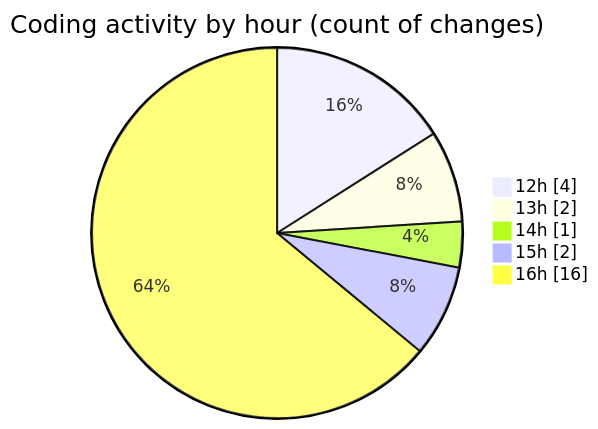
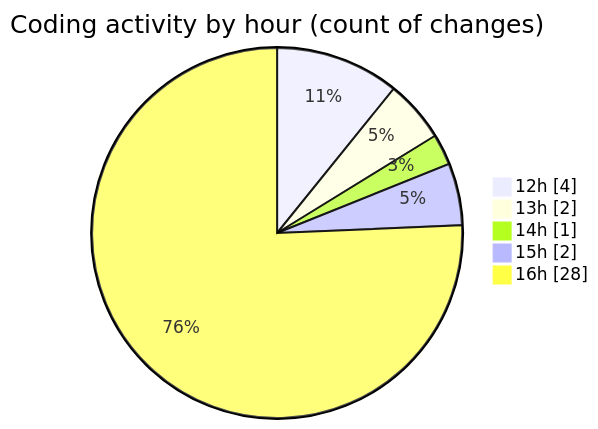
The second of 2 diagrams in 2026-06-12/nxtqube_webapp/README.md (nxtqubesakshisongat/code-tracking), drawn with Mermaid before and after one commit. The commit also changed other lines of this file and 1 other file, not shown here.

````diff
--- a/2026-06-12/nxtqube_webapp/README.md
+++ b/2026-06-12/nxtqube_webapp/README.md
@@ -30,9 +30,9 @@
 ```mermaid
 pie showData
 title Coding activity by hour (count of changes)
 "12h" : 4
 "13h" : 2
 "14h" : 1
 "15h" : 2
-"16h" : 16
+"16h" : 28
 ```
````
